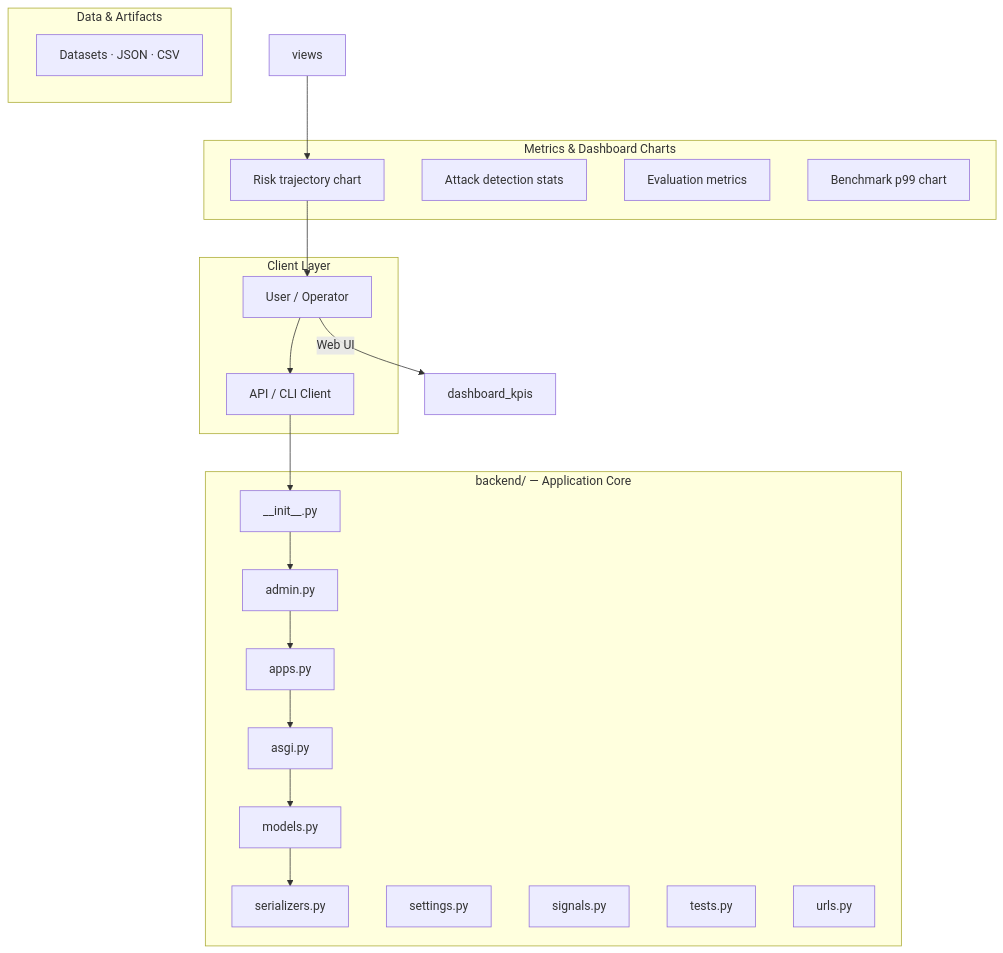
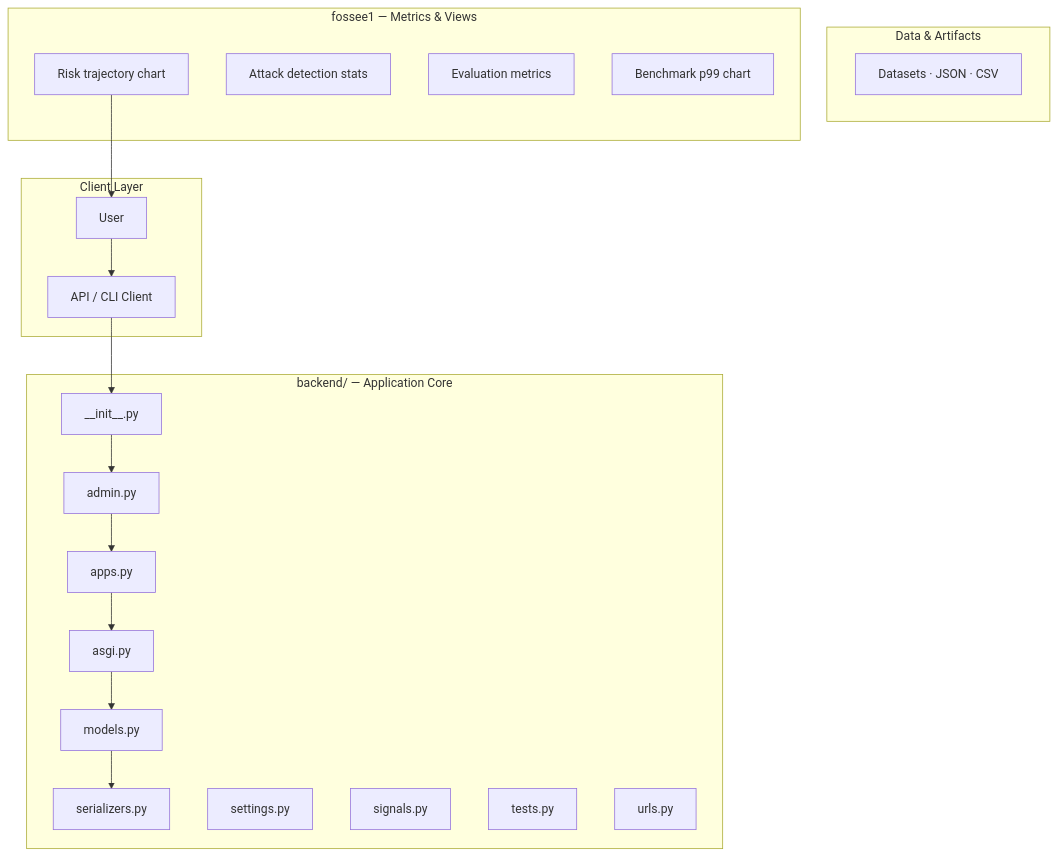
The first of 4 diagrams in README.md (Punyamittal/fossee1), drawn with Mermaid before and after one commit. The commit also changed other lines of this file, not shown here.

````diff
--- a/README.md
+++ b/README.md
@@ -209,38 +258,36 @@
 ```mermaid
 graph TB
     subgraph Client["Client Layer"]
-        user["User / Operator"]
+        user["User"]
         api_client["API / CLI Client"]
     end
 
     subgraph Core["backend/ — Application Core"]
         __init__["__init__.py"]
         admin["admin.py"]
         apps["apps.py"]
         asgi["asgi.py"]
         models["models.py"]
         serializers["serializers.py"]
         settings["settings.py"]
         signals["signals.py"]
         tests["tests.py"]
         urls["urls.py"]
     end
 
     subgraph Data["Data & Artifacts"]
         datasets["Datasets · JSON · CSV"]
     end
 
-    subgraph Charts["Metrics & Dashboard Charts"]
+    subgraph Charts["fossee1 — Metrics & Views"]
         risk_trajectory["Risk trajectory chart"]
         attack_stats["Attack detection stats"]
         eval_metrics["Evaluation metrics"]
         benchmark_p99["Benchmark p99 chart"]
     end
 
     user --> api_client
     api_client --> __init__
     __init__ --> admin --> apps --> asgi --> models --> serializers
-    user -->|Web UI| dashboard_kpis
-    views --> risk_trajectory
     risk_trajectory --> user
 ```
````
